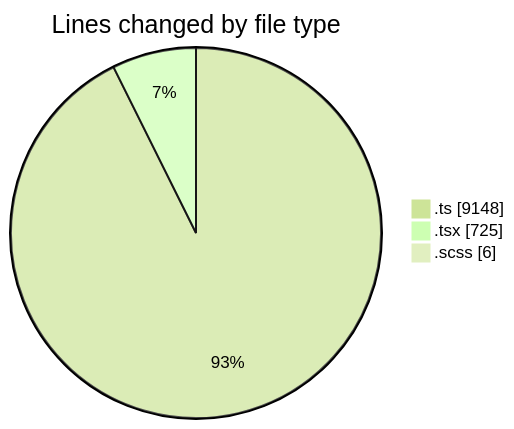
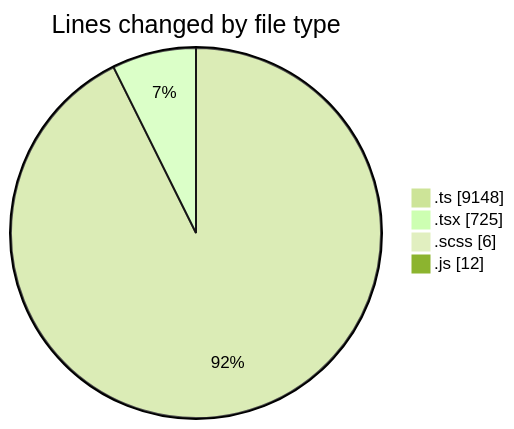
One commit to momahboobian/code-tracking changed the first of 2 diagrams in 2026-03-17/cda/README.md. Above: the diagram before and after it, drawn with Mermaid (forest theme). The commit also changed other lines of this file and 1 other file, not shown here.

````diff
--- a/2026-03-17/cda/README.md
+++ b/2026-03-17/cda/README.md
@@ -26,7 +27,8 @@
 ```mermaid
 pie showData
 title Lines changed by file type
 ".ts" : 9148
 ".tsx" : 725
 ".scss" : 6
+".js" : 12
 ```
````
